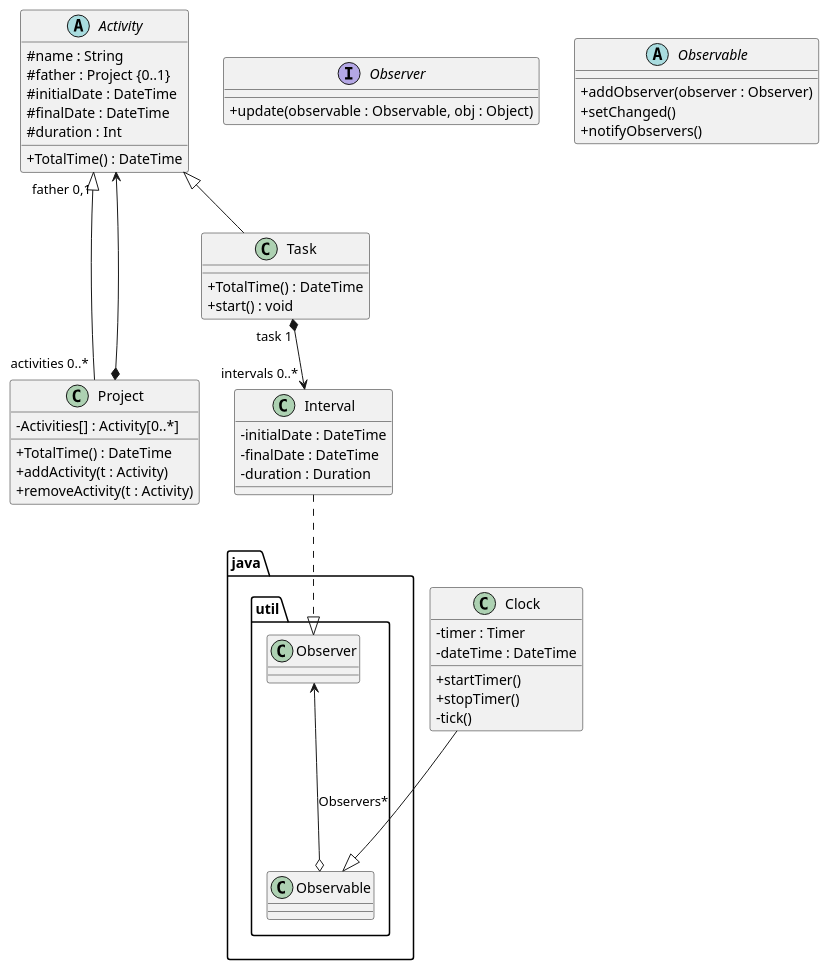
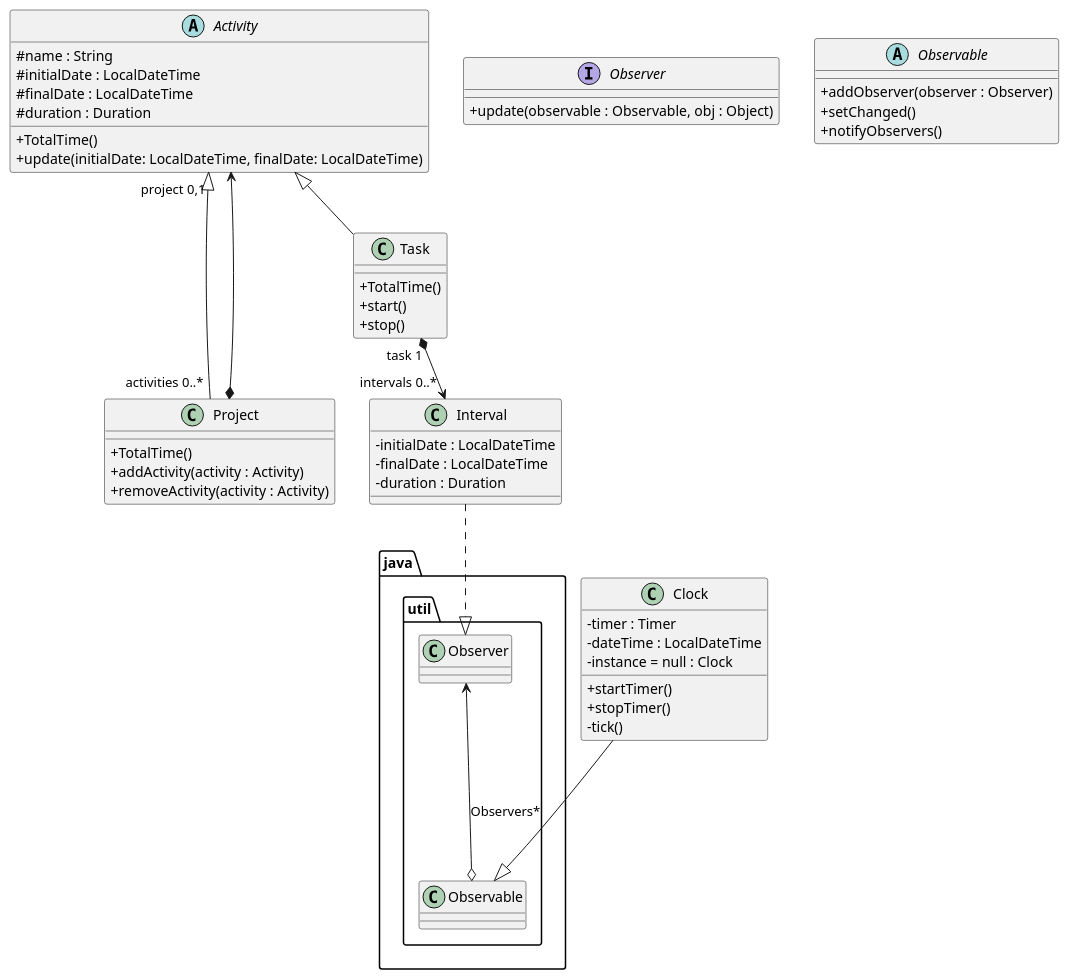
The diagram in TimeTracker/out/production/TimeTracker/TimeTracker.puml (Jhonatanqt11/DS_proyecto), drawn with PlantUML before and after one commit. The commit also changed 17 other files, not shown here.

```diff
--- a/TimeTracker/out/production/TimeTracker/TimeTracker.puml
+++ b/TimeTracker/out/production/TimeTracker/TimeTracker.puml
@@ -1,61 +1,62 @@
 @startuml
 'https://plantuml.com/class-diagram
 
 skinparam classAttributeIconSize 0
 
-Project"activities 0..*"-up-|>"father 0,1"Activity
+Project"activities 0..*"-up-|>"project 0,1"Activity
 Task -up-|>Activity
 Project*--->Activity
 Task"task 1"*-->"intervals 0..*"Interval
 
 package java.util{
 Observable o--up->Observer : Observers*
 }
 Clock---|>Observable
 Interval..|>Observer
 
 Interface Observer{
     +update(observable : Observable, obj : Object)
 }
 Abstract Observable{
     +addObserver(observer : Observer)
     +setChanged()
     +notifyObservers()
 
 }
 class Project {
-    -Activities[] : Activity[0..*]
-
-    +TotalTime() : DateTime
-    +addActivity(t : Activity)
-    +removeActivity(t : Activity)
+    +TotalTime()
+    +addActivity(activity : Activity)
+    +removeActivity(activity : Activity)
 }
 class Task{
-    +TotalTime() : DateTime
-    +start() : void
+    +TotalTime()
+    +start()
+    +stop()
 }
 
 abstract Activity{
     #name : String
-    #father : Project {0..1}
-    #initialDate : DateTime
-    #finalDate : DateTime
-    #duration : Int
+    #initialDate : LocalDateTime
+    #finalDate : LocalDateTime
+    #duration : Duration
 
-    +TotalTime() : DateTime
+    +TotalTime()
+    +update(initialDate: LocalDateTime, finalDate: LocalDateTime)
 }
 class Interval{
-    -initialDate : DateTime
-    -finalDate : DateTime
+    -initialDate : LocalDateTime
+    -finalDate : LocalDateTime
     -duration : Duration
+
 }
 class Clock{
     -timer : Timer
-    -dateTime : DateTime
+    -dateTime : LocalDateTime
+    -instance = null : Clock
     +startTimer()
     +stopTimer()
     -tick()
 }
 
 
 @enduml
```
